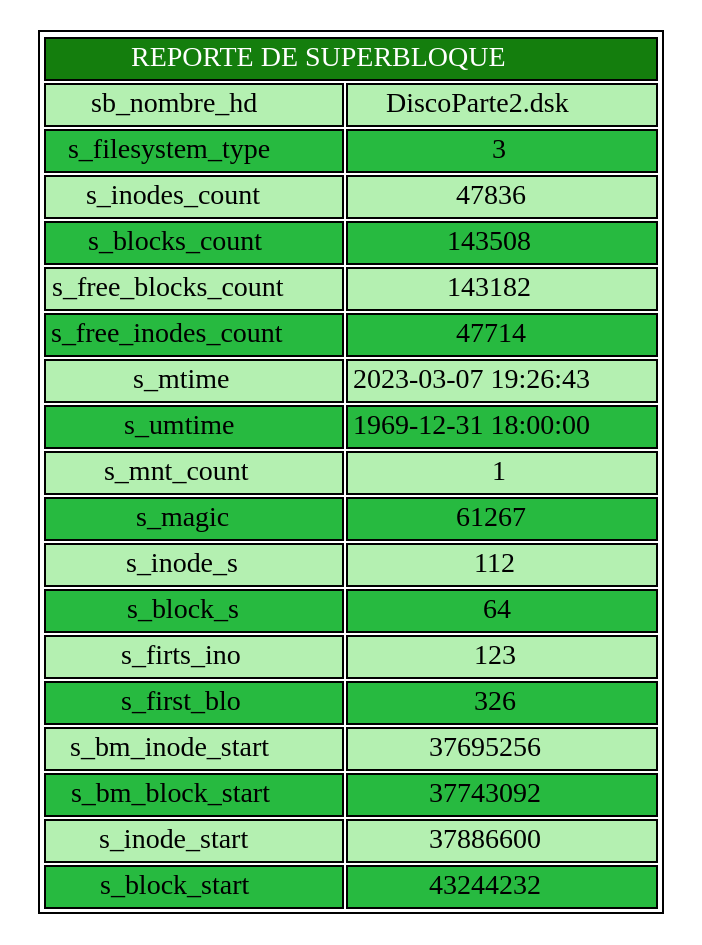
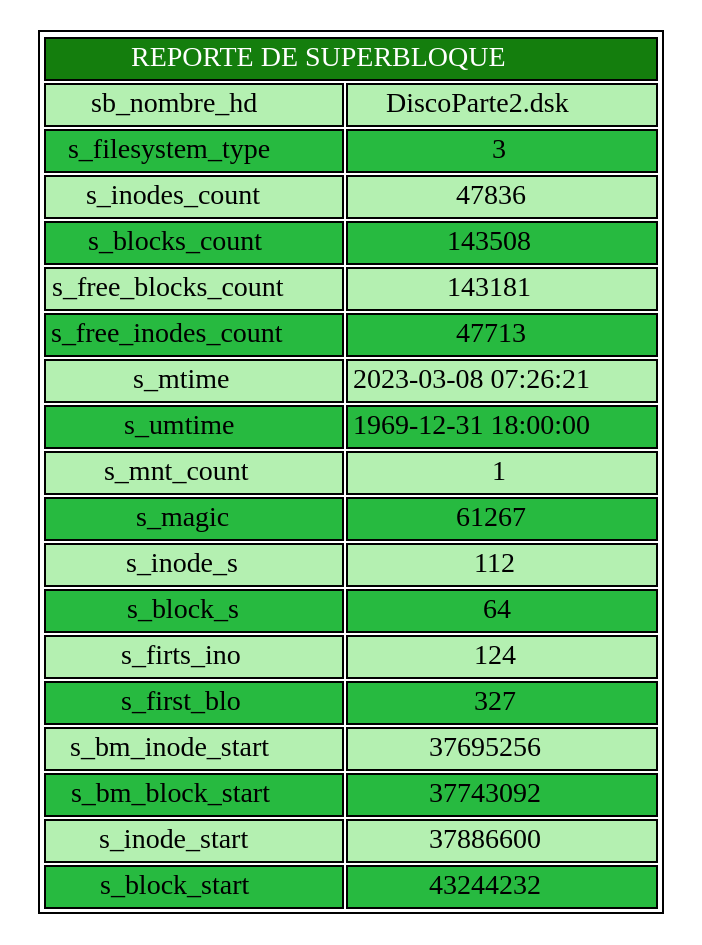
The diagram in Proyecto/cmake-build-debug/rep.dot (diegomazariegos2002/_MIA1S2023_PROYECTO1), drawn with Graphviz before and after one commit. The commit also changed 4 other files, not shown here.

```diff
--- a/Proyecto/cmake-build-debug/rep.dot
+++ b/Proyecto/cmake-build-debug/rep.dot
@@ -1,4 +1,4 @@
 digraph G {
 node[shape=none]
-start[label=<<table><tr><td colspan="2" bgcolor="#147e0d"><font color="white">REPORTE DE SUPERBLOQUE</font></td></tr><tr><td bgcolor="#b4f0b1">sb_nombre_hd</td><td bgcolor="#b4f0b1">DiscoParte2.dsk</td>)</tr><tr><td bgcolor="#27ba40">s_filesystem_type</td><td bgcolor="#27ba40">3</td>)</tr><tr><td bgcolor="#b4f0b1">s_inodes_count</td><td bgcolor="#b4f0b1">47836</td>)</tr><tr><td bgcolor="#27ba40">s_blocks_count</td><td bgcolor="#27ba40">143508</td>)</tr><tr><td bgcolor="#b4f0b1">s_free_blocks_count</td><td bgcolor="#b4f0b1">143182</td>)</tr><tr><td bgcolor="#27ba40">s_free_inodes_count</td><td bgcolor="#27ba40">47714</td>)</tr><tr><td bgcolor="#b4f0b1">s_mtime</td><td bgcolor="#b4f0b1">2023-03-07 19:26:43</td>)</tr><tr><td bgcolor="#27ba40">s_umtime</td><td bgcolor="#27ba40">1969-12-31 18:00:00</td>)</tr><tr><td bgcolor="#b4f0b1">s_mnt_count</td><td bgcolor="#b4f0b1">1</td>)</tr><tr><td bgcolor="#27ba40">s_magic</td><td bgcolor="#27ba40">61267</td>)</tr><tr><td bgcolor="#b4f0b1">s_inode_s</td><td bgcolor="#b4f0b1">112</td>)</tr><tr><td bgcolor="#27ba40">s_block_s</td><td bgcolor="#27ba40">64</td>)</tr><tr><td bgcolor="#b4f0b1">s_firts_ino</td><td bgcolor="#b4f0b1">123</td>)</tr><tr><td bgcolor="#27ba40">s_first_blo</td><td bgcolor="#27ba40">326</td>)</tr><tr><td bgcolor="#b4f0b1">s_bm_inode_start</td><td bgcolor="#b4f0b1">37695256</td>)</tr><tr><td bgcolor="#27ba40">s_bm_block_start</td><td bgcolor="#27ba40">37743092</td>)</tr><tr><td bgcolor="#b4f0b1">s_inode_start</td><td bgcolor="#b4f0b1">37886600</td>)</tr><tr><td bgcolor="#27ba40">s_block_start</td><td bgcolor="#27ba40">43244232</td>)</tr></table>>];
+start[label=<<table><tr><td colspan="2" bgcolor="#147e0d"><font color="white">REPORTE DE SUPERBLOQUE</font></td></tr><tr><td bgcolor="#b4f0b1">sb_nombre_hd</td><td bgcolor="#b4f0b1">DiscoParte2.dsk</td>)</tr><tr><td bgcolor="#27ba40">s_filesystem_type</td><td bgcolor="#27ba40">3</td>)</tr><tr><td bgcolor="#b4f0b1">s_inodes_count</td><td bgcolor="#b4f0b1">47836</td>)</tr><tr><td bgcolor="#27ba40">s_blocks_count</td><td bgcolor="#27ba40">143508</td>)</tr><tr><td bgcolor="#b4f0b1">s_free_blocks_count</td><td bgcolor="#b4f0b1">143181</td>)</tr><tr><td bgcolor="#27ba40">s_free_inodes_count</td><td bgcolor="#27ba40">47713</td>)</tr><tr><td bgcolor="#b4f0b1">s_mtime</td><td bgcolor="#b4f0b1">2023-03-08 07:26:21</td>)</tr><tr><td bgcolor="#27ba40">s_umtime</td><td bgcolor="#27ba40">1969-12-31 18:00:00</td>)</tr><tr><td bgcolor="#b4f0b1">s_mnt_count</td><td bgcolor="#b4f0b1">1</td>)</tr><tr><td bgcolor="#27ba40">s_magic</td><td bgcolor="#27ba40">61267</td>)</tr><tr><td bgcolor="#b4f0b1">s_inode_s</td><td bgcolor="#b4f0b1">112</td>)</tr><tr><td bgcolor="#27ba40">s_block_s</td><td bgcolor="#27ba40">64</td>)</tr><tr><td bgcolor="#b4f0b1">s_firts_ino</td><td bgcolor="#b4f0b1">124</td>)</tr><tr><td bgcolor="#27ba40">s_first_blo</td><td bgcolor="#27ba40">327</td>)</tr><tr><td bgcolor="#b4f0b1">s_bm_inode_start</td><td bgcolor="#b4f0b1">37695256</td>)</tr><tr><td bgcolor="#27ba40">s_bm_block_start</td><td bgcolor="#27ba40">37743092</td>)</tr><tr><td bgcolor="#b4f0b1">s_inode_start</td><td bgcolor="#b4f0b1">37886600</td>)</tr><tr><td bgcolor="#27ba40">s_block_start</td><td bgcolor="#27ba40">43244232</td>)</tr></table>>];
 }
```
